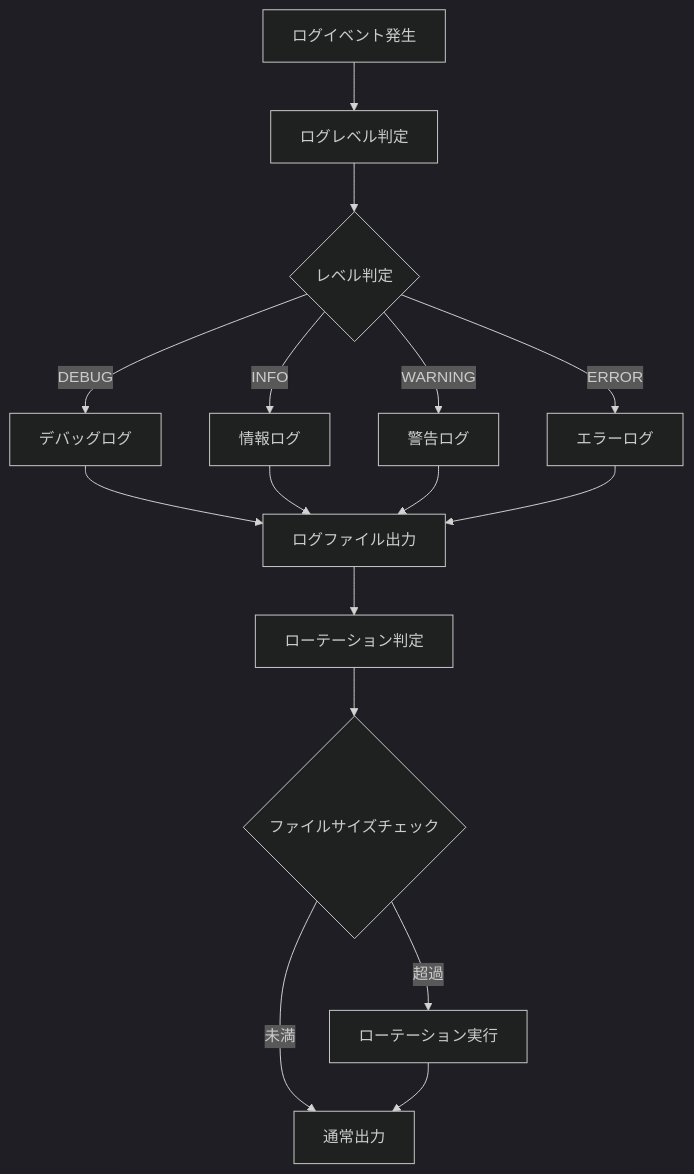
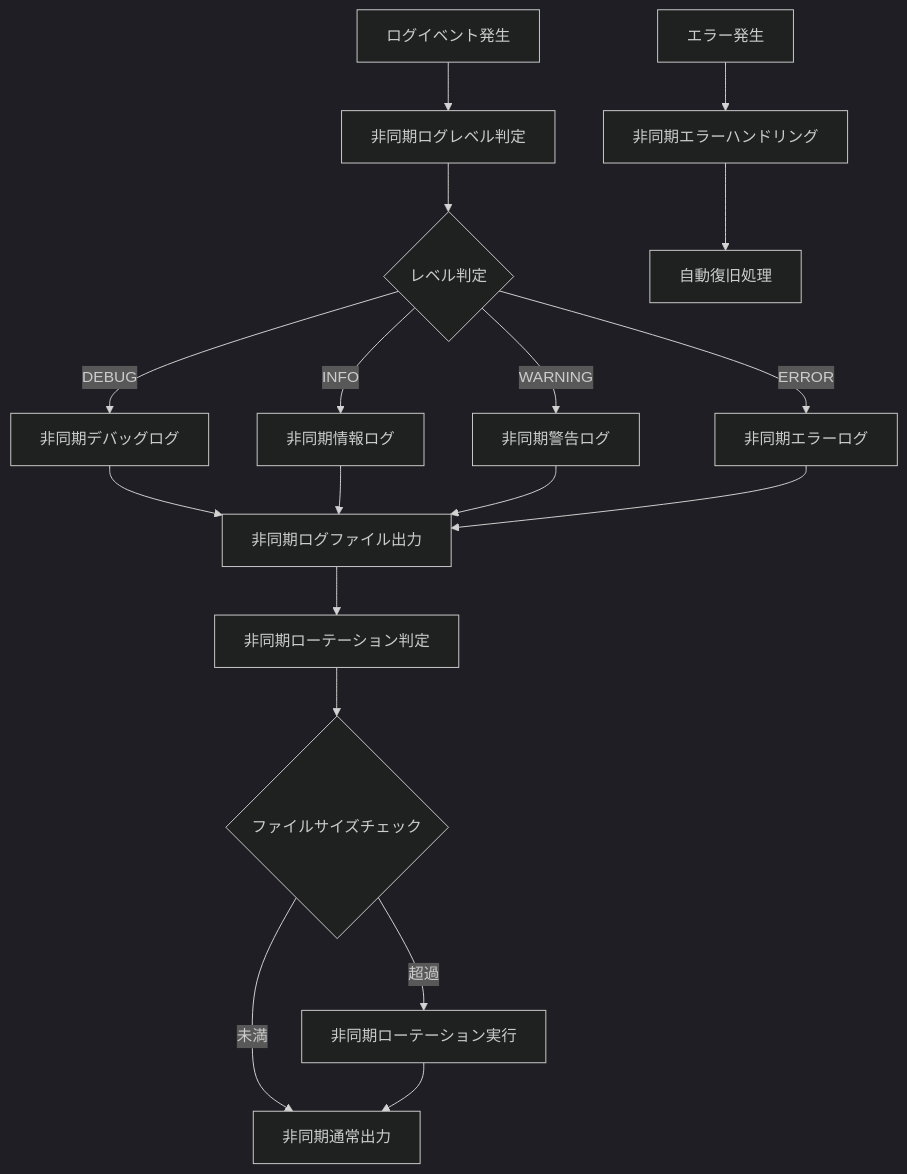
The sixth of 12 diagrams in docs/関数フロー図.md (takashi-oi/qc_ariken_tpkyo), drawn with Mermaid (dark theme) before and after one commit. The commit also changed other lines of this file and 28 other files, not shown here.

````diff
--- a/docs/関数フロー図.md
+++ b/docs/関数フロー図.md
@@ -111,21 +134,24 @@
 ```mermaid
 graph TD
-    A[ログイベント発生] --> B[ログレベル判定]
+    A[ログイベント発生] --> B[非同期ログレベル判定]
     B --> C{レベル判定}
-    
-    C -->|DEBUG| D[デバッグログ]
-    C -->|INFO| E[情報ログ]
-    C -->|WARNING| F[警告ログ]
-    C -->|ERROR| G[エラーログ]
-    
-    D --> H[ログファイル出力]
+
+    C -->|DEBUG| D[非同期デバッグログ]
+    C -->|INFO| E[非同期情報ログ]
+    C -->|WARNING| F[非同期警告ログ]
+    C -->|ERROR| G[非同期エラーログ]
+
+    D --> H[非同期ログファイル出力]
     E --> H
     F --> H
     G --> H
-    
-    H --> I[ローテーション判定]
+
+    H --> I[非同期ローテーション判定]
     I --> J{ファイルサイズチェック}
-    J -->|超過| K[ローテーション実行]
-    J -->|未満| L[通常出力]
+    J -->|超過| K[非同期ローテーション実行]
+    J -->|未満| L[非同期通常出力]
     K --> L
+
+    M[エラー発生] --> N[非同期エラーハンドリング]
+    N --> O[自動復旧処理]
 ```
````
